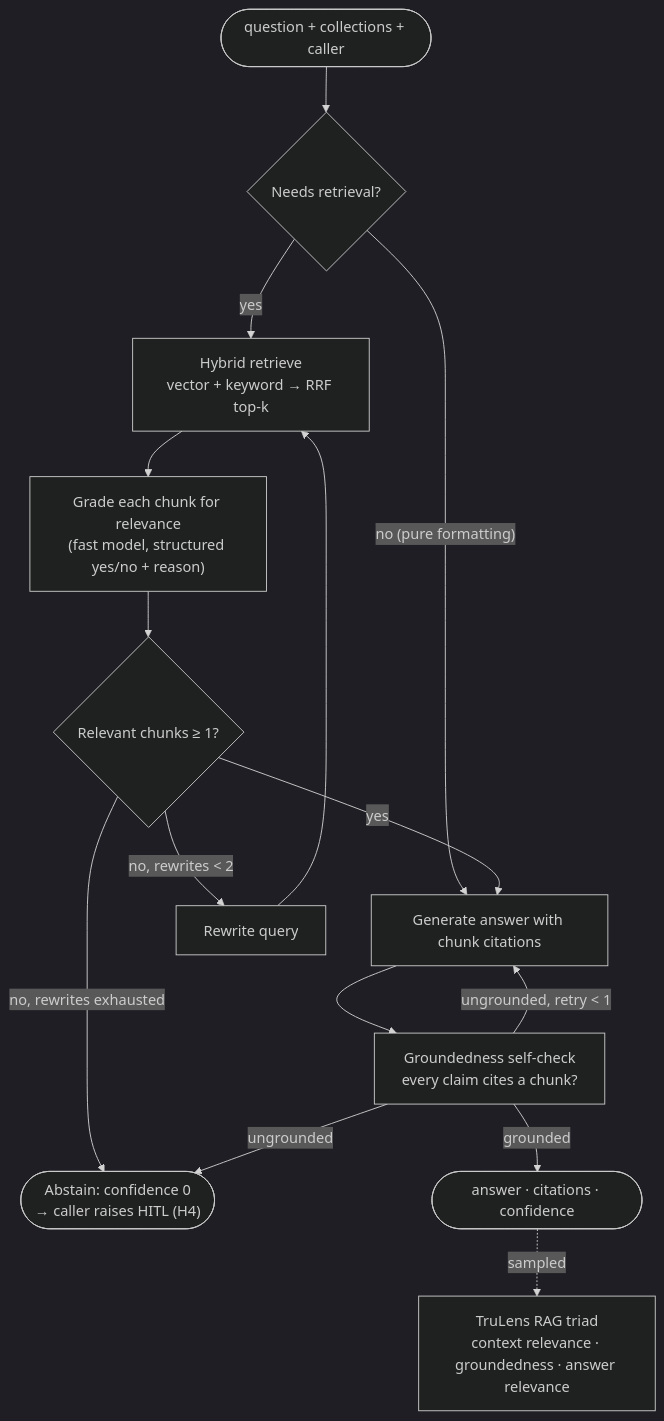
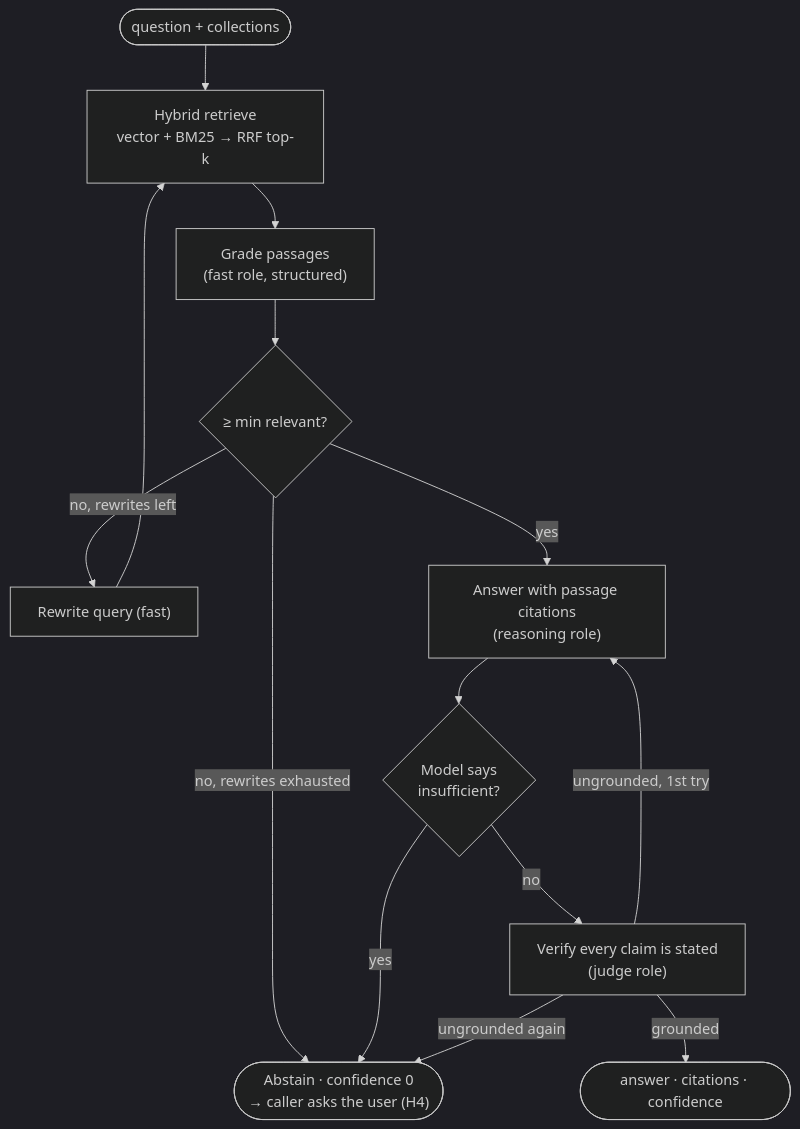
Before and after one commit to mjunedalam/JobPilot: the diagram in docs/architecture/06-agentic-rag.md, drawn with Mermaid (dark theme). The commit also changed other lines of this file and 18 other files, not shown here.

First line of the commit message:
feat: agentic RAG over profile, resume and answers, with TruLens evals

````diff
--- a/docs/architecture/06-agentic-rag.md
+++ b/docs/architecture/06-agentic-rag.md
@@ -22,16 +27,15 @@
 ```mermaid
 flowchart TD
-    Q(["question + collections + caller"]) --> ROUTE{"Needs retrieval?"}
-    ROUTE -- "no (pure formatting)" --> GEN
-    ROUTE -- yes --> RET["Hybrid retrieve<br/>vector + keyword → RRF top-k"]
-    RET --> GRADE["Grade each chunk for relevance<br/>(fast model, structured yes/no + reason)"]
-    GRADE --> ENOUGH{"Relevant chunks ≥ 1?"}
-    ENOUGH -- "no, rewrites < 2" --> RW["Rewrite query"] --> RET
-    ENOUGH -- "no, rewrites exhausted" --> ABSTAIN(["Abstain: confidence 0<br/>→ caller raises HITL (H4)"])
-    ENOUGH -- yes --> GEN["Generate answer with chunk citations"]
-    GEN --> VERIFY["Groundedness self-check<br/>every claim cites a chunk?"]
-    VERIFY -- "ungrounded, retry < 1" --> GEN
-    VERIFY -- "ungrounded" --> ABSTAIN
+    Q(["question + collections"]) --> RET["Hybrid retrieve<br/>vector + BM25 → RRF top-k"]
+    RET --> GRADE["Grade passages<br/>(fast role, structured)"]
+    GRADE --> ENOUGH{"≥ min relevant?"}
+    ENOUGH -- "no, rewrites left" --> RW["Rewrite query (fast)"] --> RET
+    ENOUGH -- "no, rewrites exhausted" --> ABSTAIN(["Abstain · confidence 0<br/>→ caller asks the user (H4)"])
+    ENOUGH -- yes --> GEN["Answer with passage citations<br/>(reasoning role)"]
+    GEN --> INS{"Model says<br/>insufficient?"}
+    INS -- yes --> ABSTAIN
+    INS -- no --> VERIFY["Verify every claim is stated<br/>(judge role)"]
+    VERIFY -- "ungrounded, 1st try" --> GEN
+    VERIFY -- "ungrounded again" --> ABSTAIN
     VERIFY -- grounded --> ANS(["answer · citations · confidence"])
-    ANS -. sampled .-> TL["TruLens RAG triad<br/>context relevance · groundedness · answer relevance"]
 ```
````
